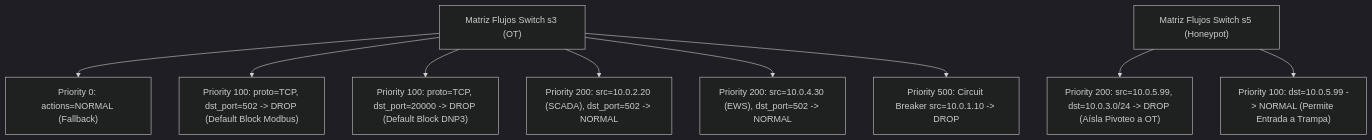
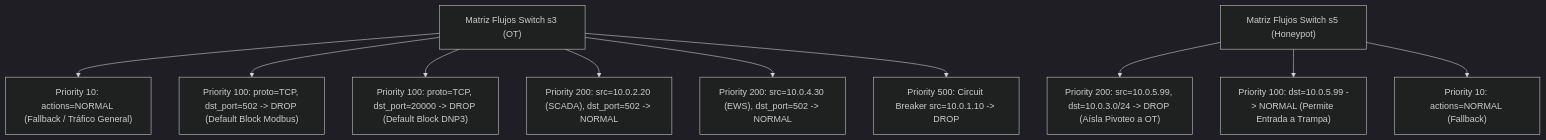
Before and after one commit to kripiman/CityLab: the second of 2 diagrams in docs/federates/08_siem_sdn_active_directory_infrastructure.md, drawn with Mermaid (dark theme). The commit also changed other lines of this file and 7 other files, not shown here.

````diff
--- a/docs/federates/08_siem_sdn_active_directory_infrastructure.md
+++ b/docs/federates/08_siem_sdn_active_directory_infrastructure.md
@@ -63,14 +67,15 @@
 ```mermaid
 graph TD
     s3_flow["Matriz Flujos Switch s3 (OT)"]
-    s3_flow --> F0["Priority 0: actions=NORMAL (Fallback)"]
+    s3_flow --> F10["Priority 10: actions=NORMAL (Fallback / Tráfico General)"]
     s3_flow --> F100_1["Priority 100: proto=TCP, dst_port=502 -> DROP (Default Block Modbus)"]
     s3_flow --> F100_2["Priority 100: proto=TCP, dst_port=20000 -> DROP (Default Block DNP3)"]
     s3_flow --> F200_1["Priority 200: src=10.0.2.20 (SCADA), dst_port=502 -> NORMAL"]
     s3_flow --> F200_2["Priority 200: src=10.0.4.30 (EWS), dst_port=502 -> NORMAL"]
     s3_flow --> F500["Priority 500: Circuit Breaker src=10.0.1.10 -> DROP"]
 
     s5_flow["Matriz Flujos Switch s5 (Honeypot)"]
     s5_flow --> H200["Priority 200: src=10.0.5.99, dst=10.0.3.0/24 -> DROP (Aísla Pivoteo a OT)"]
     s5_flow --> H100["Priority 100: dst=10.0.5.99 -> NORMAL (Permite Entrada a Trampa)"]
+    s5_flow --> H10["Priority 10: actions=NORMAL (Fallback)"]
 ```
````
